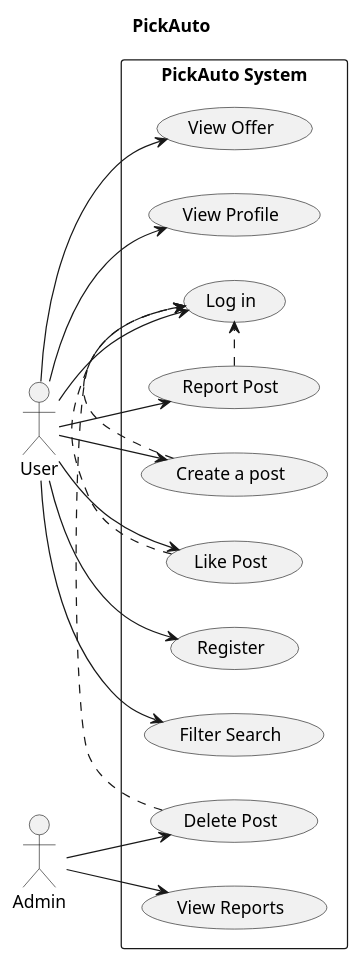
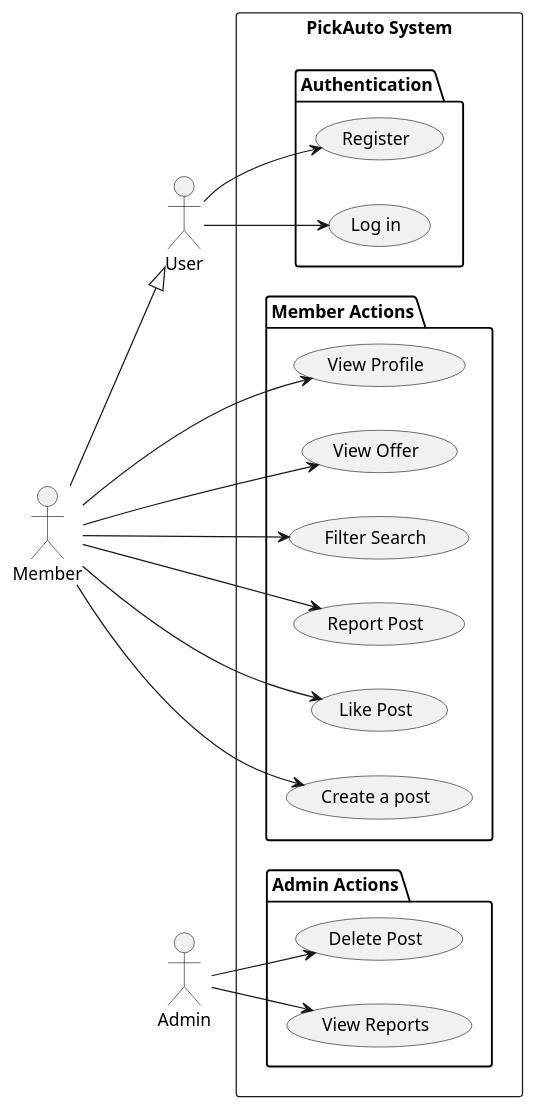
The diagram in docs/usecases.puml (Borobil21/LezoProject), drawn with PlantUML before and after one commit. The commit also changed 1 other file, not shown here.

```diff
--- a/docs/usecases.puml
+++ b/docs/usecases.puml
@@ -1,44 +1,50 @@
 @startuml
-title PickAuto
+
+
 left to right direction
-skinparam packageStyle rectangle
 
-actor "User" as User
-actor "Admin" as Admin
+actor User as user
+actor Member as member
+actor Admin as admin
+
+member --|> user
 
 rectangle "PickAuto System" {
 
-(Create a post) as UC_Create
-(Like Post) as UC_Like
-(Log in) as UC_Log
-(Register) as UC_Register
-(Filter Search) as UC_Search
-(View Offer) as UC_View
-(Report Post) as UC_ReportPost
-(View Profile) as UC_Profile
-(Delete Post) as UC_Delete
-(View Reports) as UC_Reports
+  package "Authentication" {
+    (Register)
+    (Log in)
+  }
 
+  package "Member Actions" {
+    (View Profile)
+    (View Offer)
+    (Filter Search)
+    (Report Post)
+    (Like Post)
+    (Create a post)
+  }
+
+  package "Admin Actions" {
+    (Delete Post)
+    (View Reports)
+  }
 }
 
-' User actions
-User --> UC_Create
-User --> UC_Like
-User --> UC_Log
-User --> UC_Register
-User --> UC_Search
-User --> UC_View
-User --> UC_ReportPost
-User --> UC_Profile
+' User connections
+user --> (Register)
+user --> (Log in)
 
-' Admin actions
-Admin --> UC_Reports
-Admin --> UC_Delete
+' Member connections
+member --> (View Profile)
+member --> (View Offer)
+member --> (Filter Search)
+member --> (Report Post)
+member --> (Like Post)
+member --> (Create a post)
 
-' Includes (obligatorio login)
-UC_Create .> UC_Log 
-UC_Delete .> UC_Log 
-UC_Like .> UC_Log 
-UC_ReportPost .> UC_Log
+' Admin connections
+admin --> (Delete Post)
+admin --> (View Reports)
 
 @enduml
```
